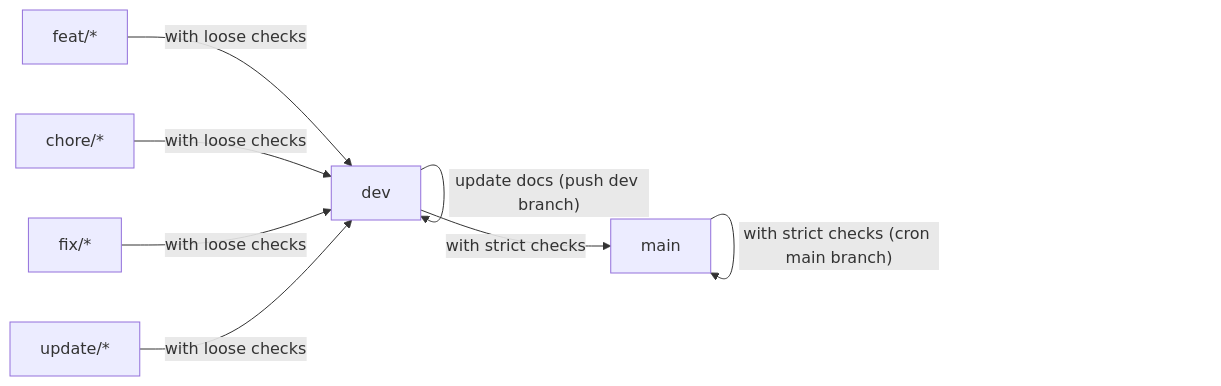
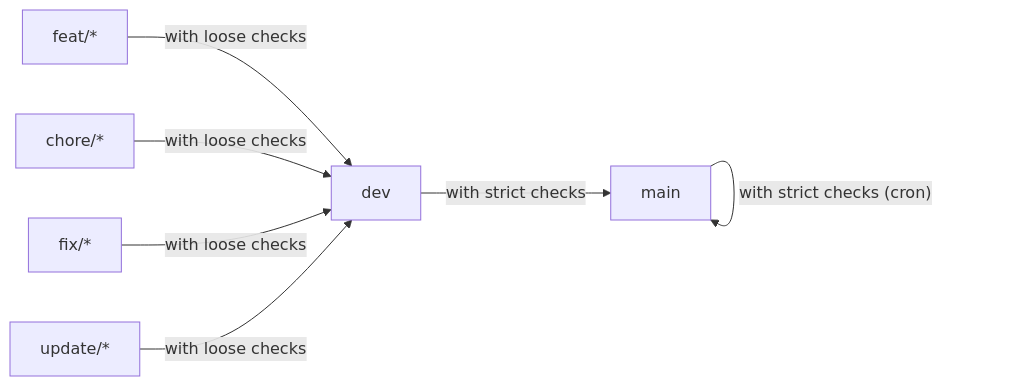
The third of 3 diagrams in README.md (pokemon-GA/scarlet-queen), drawn with Mermaid before and after one commit. The commit also changed other lines of this file, not shown here.

````diff
--- a/README.md
+++ b/README.md
@@ -163,10 +163,9 @@
 ```mermaid
 flowchart LR
     dev["dev"] -->|with strict checks| main["main"]
     feature["feat/*"] -->|with loose checks| dev["dev"]
     chore["chore/*"] -->|with loose checks| dev["dev"]
     fix["fix/*"] -->|with loose checks| dev["dev"]
     update["update/*"] -->|with loose checks| dev["dev"]
-    dev["dev"] -->|"update docs (push dev branch)"| dev["dev"]
-    main["main"] -->|"with strict checks (cron main branch)"| main["main"]
+    main["main"] -->|"with strict checks (cron)"| main["main"]
 ```
````
